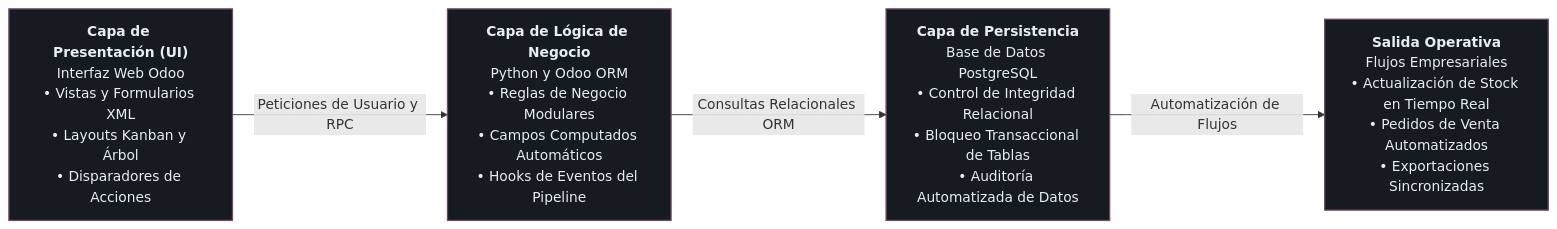
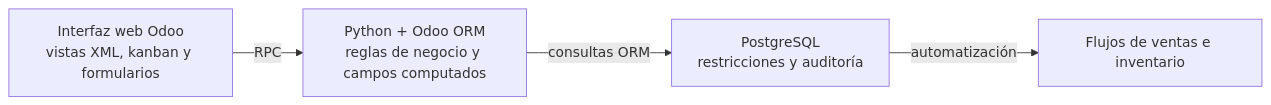
Before and after one commit to Rorro101004/Rorro101004: the third of 3 diagrams in README.es.md, drawn with Mermaid. The commit also changed other lines of this file and 9 other files, not shown here.

````diff
--- a/README.es.md
+++ b/README.es.md
@@ -144,9 +99,6 @@
 ```mermaid
 flowchart LR
-    A["<b>Capa de Presentación (UI)</b><br/>Interfaz Web Odoo<br/>• Vistas y Formularios XML<br/>• Layouts Kanban y Árbol<br/>• Disparadores de Acciones"]
-    -->|Peticiones de Usuario y RPC| B["<b>Capa de Lógica de Negocio</b><br/>Python y Odoo ORM<br/>• Reglas de Negocio Modulares<br/>• Campos Computados Automáticos<br/>• Hooks de Eventos del Pipeline"]
-    -->|Consultas Relacionales ORM| C["<b>Capa de Persistencia</b><br/>Base de Datos PostgreSQL<br/>• Control de Integridad Relacional<br/>• Bloqueo Transaccional de Tablas<br/>• Auditoría Automatizada de Datos"]
-    -->|Automatización de Flujos| D["<b>Salida Operativa</b><br/>Flujos Empresariales<br/>• Actualización de Stock en Tiempo Real<br/>• Pedidos de Venta Automatizados<br/>• Exportaciones Sincronizadas"]
-
-    classDef default fill:#161b22,stroke:#714B67,stroke-width:1.5px,color:#e6edf3;
+    A["Interfaz web Odoo<br/>vistas XML, kanban y formularios"] -->|RPC| B["Python + Odoo ORM<br/>reglas de negocio y campos computados"]
+    B -->|consultas ORM| C["PostgreSQL<br/>restricciones y auditoría"]
+    C -->|automatización| D["Flujos de ventas e inventario"]
 ```
````
